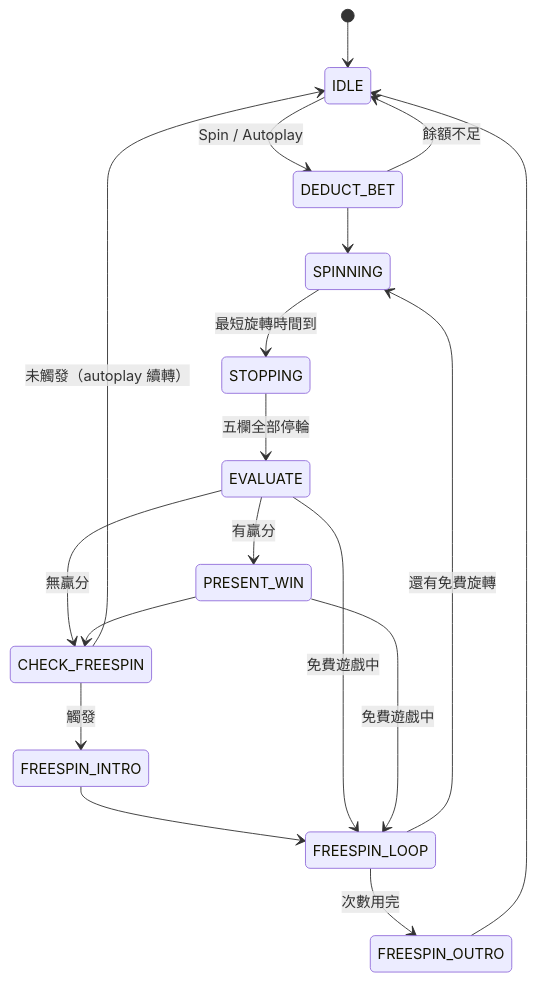
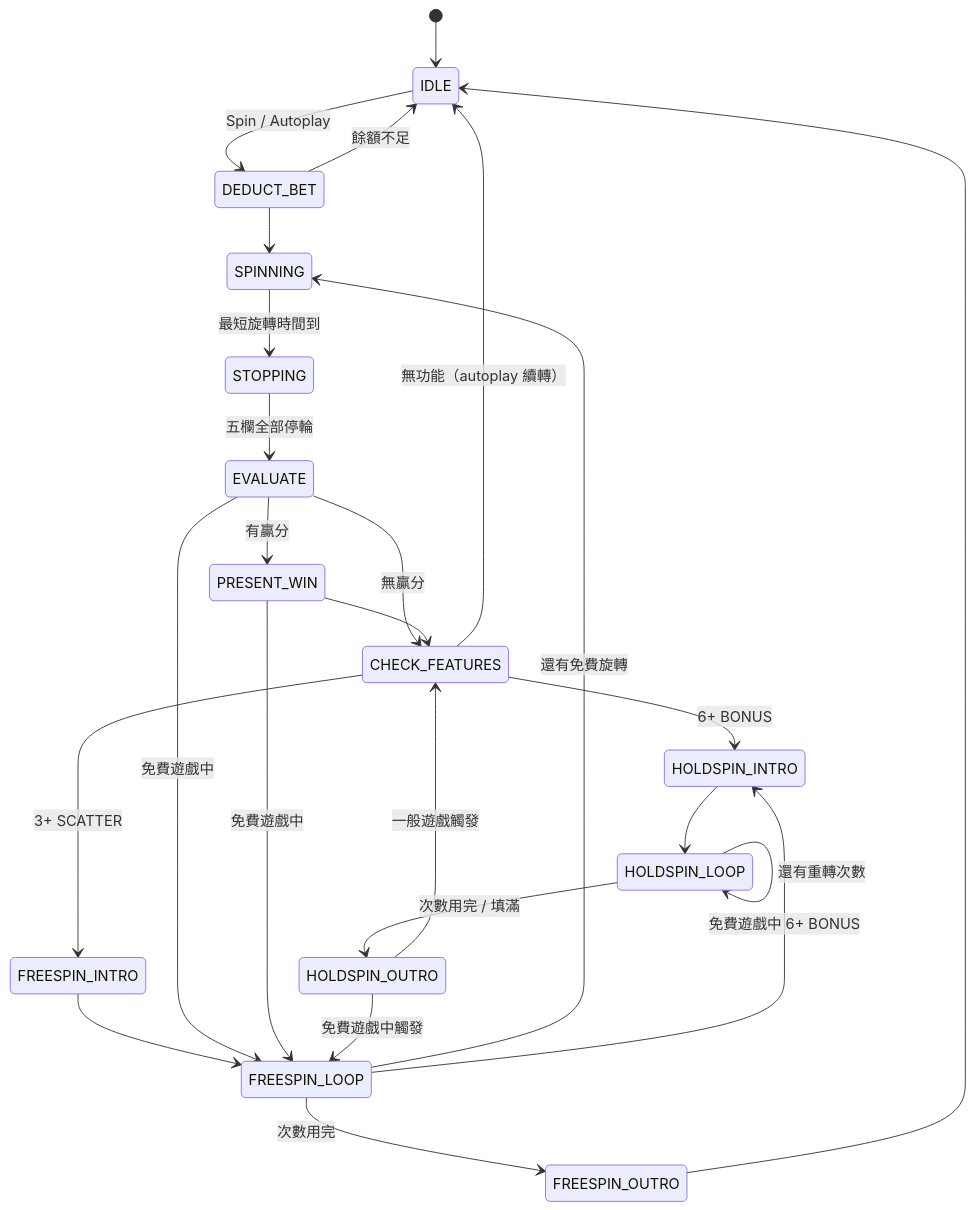
One commit to HayaoGai/Slot-Game changed the second of 2 diagrams in README.md. Above: the diagram before and after it, drawn with Mermaid. The commit also changed other lines of this file and 56 other files, not shown here.

````diff
--- a/README.md
+++ b/README.md
@@ -200,20 +251,27 @@
 ```mermaid
 stateDiagram-v2
     [*] --> IDLE
     IDLE --> DEDUCT_BET: Spin / Autoplay
     DEDUCT_BET --> IDLE: 餘額不足
     DEDUCT_BET --> SPINNING
     SPINNING --> STOPPING: 最短旋轉時間到
     STOPPING --> EVALUATE: 五欄全部停輪
     EVALUATE --> PRESENT_WIN: 有贏分
-    EVALUATE --> CHECK_FREESPIN: 無贏分
-    PRESENT_WIN --> CHECK_FREESPIN
-    CHECK_FREESPIN --> FREESPIN_INTRO: 觸發
-    CHECK_FREESPIN --> IDLE: 未觸發（autoplay 續轉）
+    EVALUATE --> CHECK_FEATURES: 無贏分
+    PRESENT_WIN --> CHECK_FEATURES
+    CHECK_FEATURES --> HOLDSPIN_INTRO: 6+ BONUS
+    HOLDSPIN_INTRO --> HOLDSPIN_LOOP
+    HOLDSPIN_LOOP --> HOLDSPIN_LOOP: 還有重轉次數
+    HOLDSPIN_LOOP --> HOLDSPIN_OUTRO: 次數用完 / 填滿
+    HOLDSPIN_OUTRO --> CHECK_FEATURES: 一般遊戲觸發
+    CHECK_FEATURES --> FREESPIN_INTRO: 3+ SCATTER
+    CHECK_FEATURES --> IDLE: 無功能（autoplay 續轉）
     FREESPIN_INTRO --> FREESPIN_LOOP
     FREESPIN_LOOP --> SPINNING: 還有免費旋轉
     EVALUATE --> FREESPIN_LOOP: 免費遊戲中
     PRESENT_WIN --> FREESPIN_LOOP: 免費遊戲中
+    FREESPIN_LOOP --> HOLDSPIN_INTRO: 免費遊戲中 6+ BONUS
+    HOLDSPIN_OUTRO --> FREESPIN_LOOP: 免費遊戲中觸發
     FREESPIN_LOOP --> FREESPIN_OUTRO: 次數用完
     FREESPIN_OUTRO --> IDLE
 ```
````
